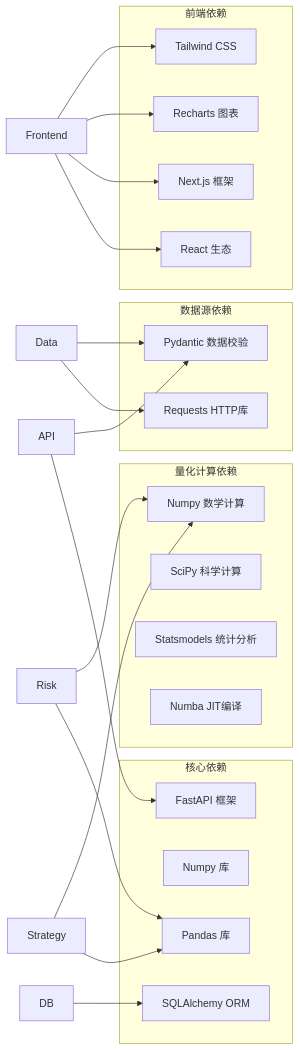
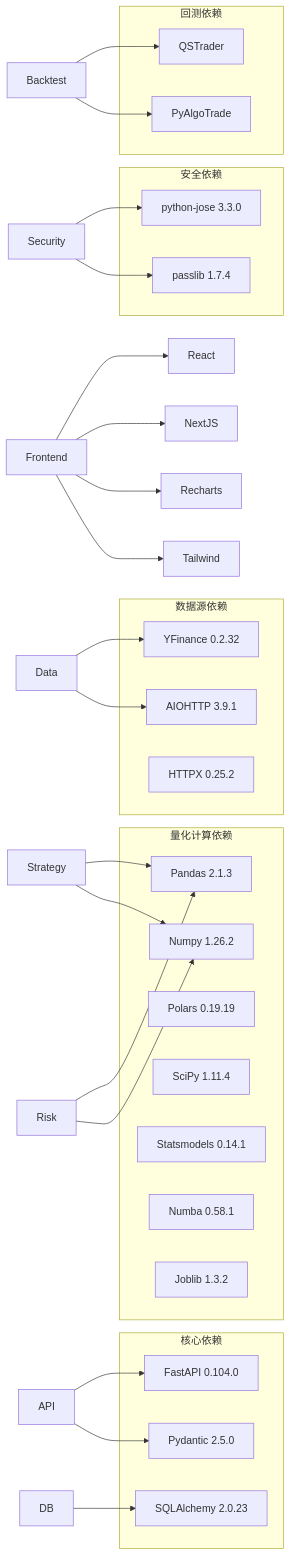
The tenth of 10 diagrams in .qoder/repowiki/zh/content/核心功能模块/核心功能模块.md (raymodny-ai/The-Modern-Turtle-Protocol), drawn with Mermaid before and after one commit. The commit also changed other lines of this file and 15 other files, not shown here.

````diff
--- a/.qoder/repowiki/zh/content/核心功能模块/核心功能模块.md
+++ b/.qoder/repowiki/zh/content/核心功能模块/核心功能模块.md
@@ -446,38 +653,47 @@
 ```mermaid
 graph LR
 subgraph "核心依赖"
-Pandas[Pandas 库]
-Numpy[Numpy 库]
-FastAPI[FastAPI 框架]
-SQLAlchemy[SQLAlchemy ORM]
+FastAPI[FastAPI 0.104.0]
+SQLAlchemy[SQLAlchemy 2.0.23]
+Pydantic[Pydantic 2.5.0]
 end
 subgraph "量化计算依赖"
-NumPy[Numpy 数学计算]
-SciPy[SciPy 科学计算]
-Statsmodels[Statsmodels 统计分析]
-Numba[Numba JIT编译]
+Pandas[Pandas 2.1.3]
+Numpy[Numpy 1.26.2]
+Polars[Polars 0.19.19]
+SciPy[SciPy 1.11.4]
+Statsmodels[Statsmodels 0.14.1]
+Numba[Numba 0.58.1]
+Joblib[Joblib 1.3.2]
 end
 subgraph "数据源依赖"
-Requests[Requests HTTP库]
-Pydantic[Pydantic 数据校验]
+YFinance[YFinance 0.2.32]
+AIOHTTP[AIOHTTP 3.9.1]
+HTTPX[HTTPX 0.25.2]
 end
-subgraph "前端依赖"
-React[React 生态]
-NextJS[Next.js 框架]
-Recharts[Recharts 图表]
-Tailwind[Tailwind CSS]
+subgraph "安全依赖"
+JWT[python-jose 3.3.0]
+Passlib[passlib 1.7.4]
+end
+subgraph "回测依赖"
+QSTrader[QSTrader]
+PyAlgoTrade[PyAlgoTrade]
 end
 Strategy --> Pandas
-Strategy --> NumPy
+Strategy --> Numpy
 Risk --> Pandas
-Risk --> NumPy
-Data --> Requests
-Data --> Pydantic
+Risk --> Numpy
+Data --> YFinance
+Data --> AIOHTTP
 API --> FastAPI
 API --> Pydantic
 DB --> SQLAlchemy
+Security --> JWT
+Security --> Passlib
+Backtest --> QSTrader
+Backtest --> PyAlgoTrade
 Frontend --> React
 Frontend --> NextJS
 Frontend --> Recharts
 Frontend --> Tailwind
 ```
````
